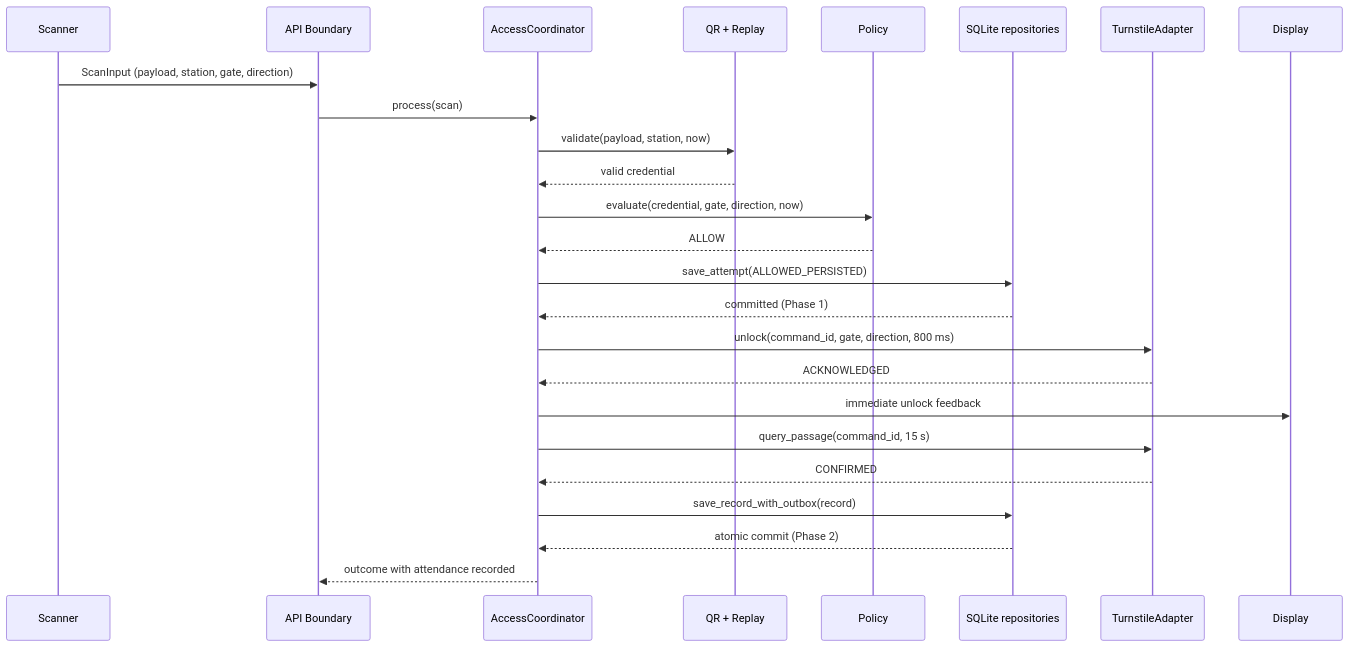
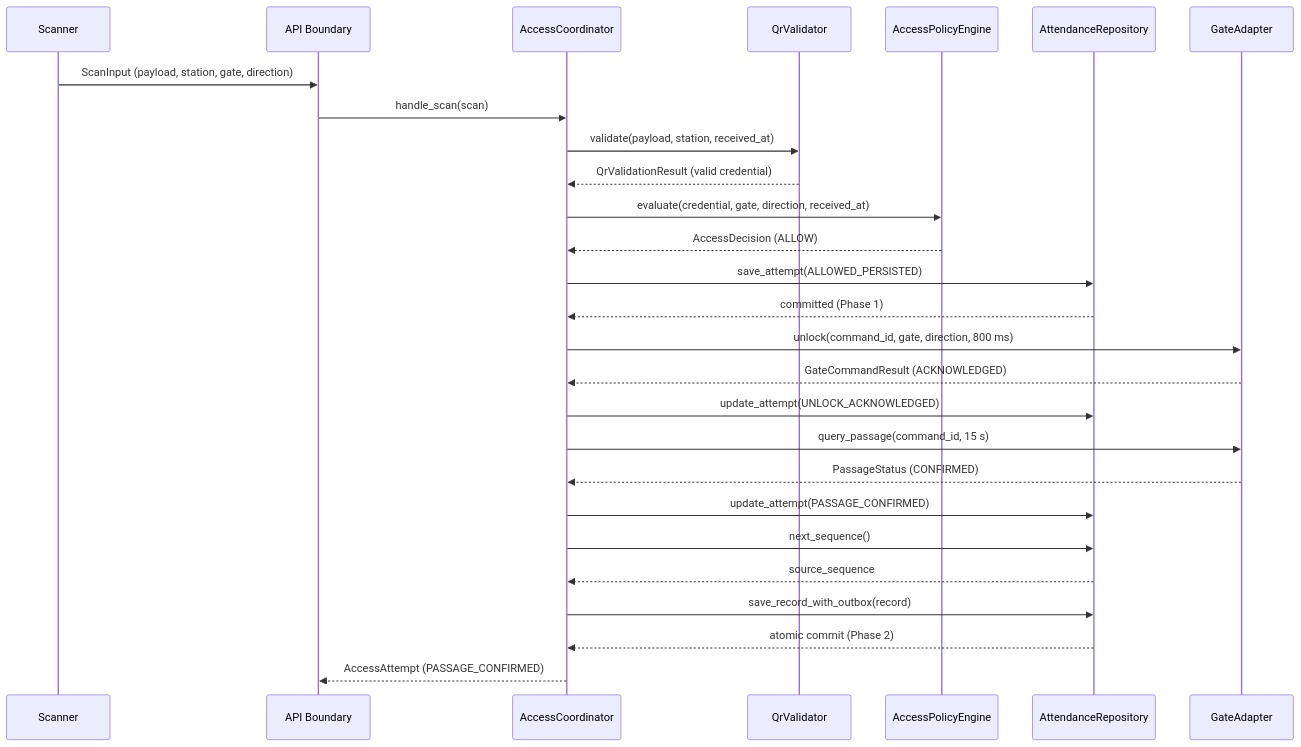
One commit to theDoub/SA-tmc-attendance-access-control changed the second of 2 diagrams in docs/architecture/component-connector-view.md. Above: the diagram before and after it, drawn with Mermaid. The commit also changed other lines of this file and 4 other files, not shown here.

First line of the commit message:
Revert "Merge pull request #1 from theDoub/docs/architecture-views"

````diff
--- a/docs/architecture/component-connector-view.md
+++ b/docs/architecture/component-connector-view.md
@@ -175,27 +114,29 @@
 ```mermaid
 sequenceDiagram
     participant S as Scanner
     participant A as API Boundary
     participant C as AccessCoordinator
-    participant V as QR + Replay
-    participant P as Policy
-    participant R as SQLite repositories
-    participant G as TurnstileAdapter
-    participant D as Display
+    participant V as QrValidator
+    participant P as AccessPolicyEngine
+    participant R as AttendanceRepository
+    participant G as GateAdapter
     S->>A: ScanInput (payload, station, gate, direction)
-    A->>C: process(scan)
-    C->>V: validate(payload, station, now)
-    V-->>C: valid credential
-    C->>P: evaluate(credential, gate, direction, now)
-    P-->>C: ALLOW
+    A->>C: handle_scan(scan)
+    C->>V: validate(payload, station, received_at)
+    V-->>C: QrValidationResult (valid credential)
+    C->>P: evaluate(credential, gate, direction, received_at)
+    P-->>C: AccessDecision (ALLOW)
     C->>R: save_attempt(ALLOWED_PERSISTED)
     R-->>C: committed (Phase 1)
     C->>G: unlock(command_id, gate, direction, 800 ms)
-    G-->>C: ACKNOWLEDGED
-    C->>D: immediate unlock feedback
+    G-->>C: GateCommandResult (ACKNOWLEDGED)
+    C->>R: update_attempt(UNLOCK_ACKNOWLEDGED)
     C->>G: query_passage(command_id, 15 s)
-    G-->>C: CONFIRMED
+    G-->>C: PassageStatus (CONFIRMED)
+    C->>R: update_attempt(PASSAGE_CONFIRMED)
+    C->>R: next_sequence()
+    R-->>C: source_sequence
     C->>R: save_record_with_outbox(record)
     R-->>C: atomic commit (Phase 2)
-    C-->>A: outcome with attendance recorded
+    C-->>A: AccessAttempt (PASSAGE_CONFIRMED)
 ```
````
